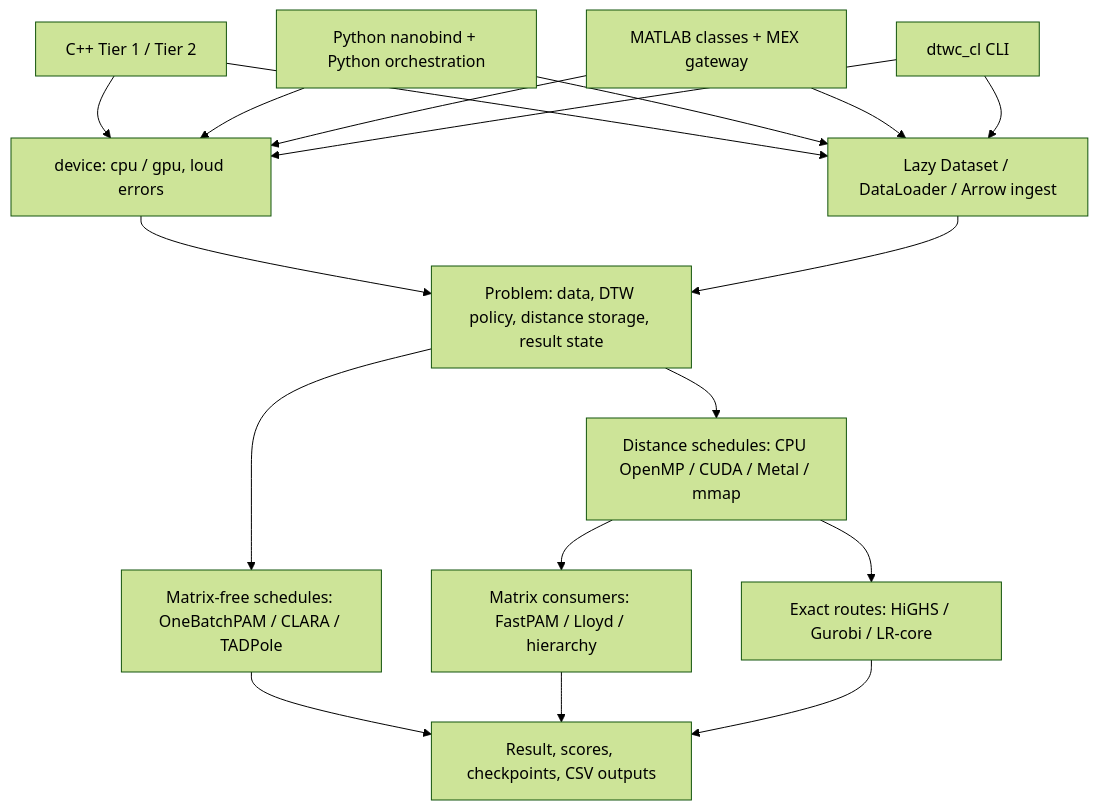
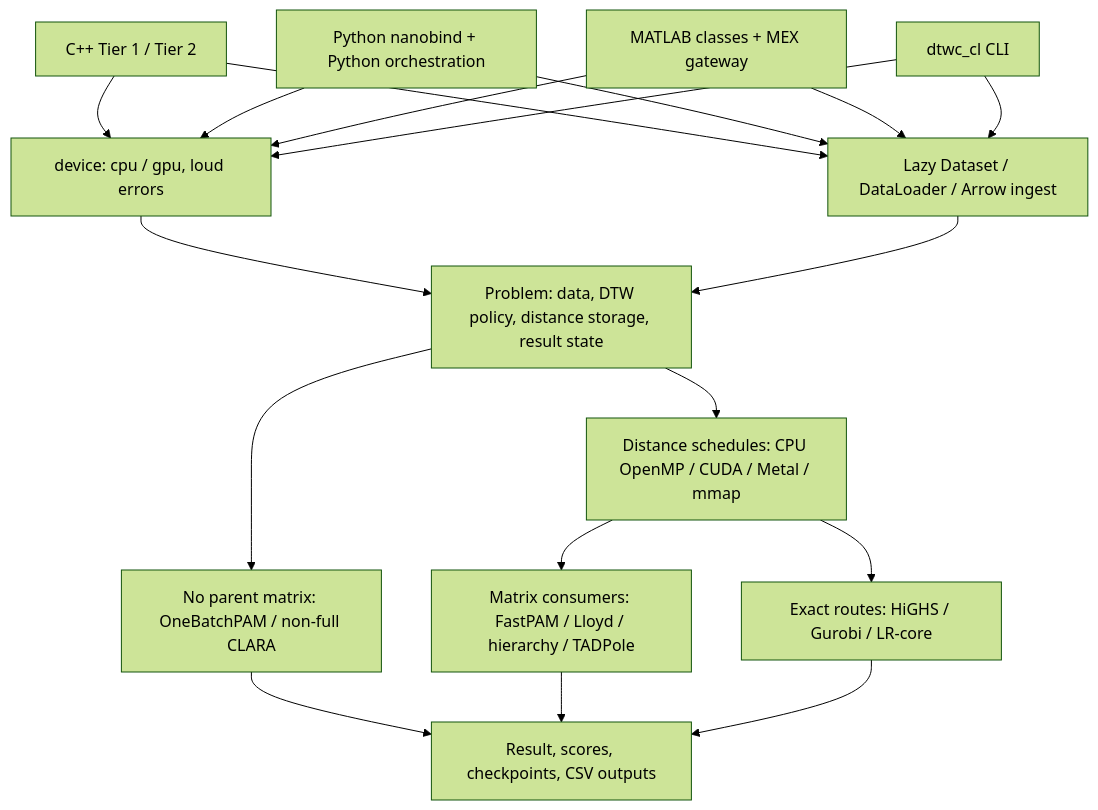
The diagram in docs/content/guides/architecture.md (Battery-Intelligence-Lab/dtw-cpp), drawn with Mermaid (forest theme) before and after one commit. The commit also changed other lines of this file and 9 other files, not shown here.

````diff
--- a/docs/content/guides/architecture.md
+++ b/docs/content/guides/architecture.md
@@ -12,33 +15,33 @@
 ```mermaid
 flowchart TB
     CPP[C++ Tier 1 / Tier 2]
     PY[Python nanobind + Python orchestration]
     MAT[MATLAB classes + MEX gateway]
     CLI[dtwc_cl CLI]
     ENV[device: cpu / gpu, loud errors]
     LOAD[Lazy Dataset / DataLoader / Arrow ingest]
     PROB[Problem: data, DTW policy, distance storage, result state]
     MATRIX[Distance schedules: CPU OpenMP / CUDA / Metal / mmap]
-    FREE[Matrix-free schedules: OneBatchPAM / CLARA / TADPole]
-    ALG[Matrix consumers: FastPAM / Lloyd / hierarchy]
+    FREE[No parent matrix: OneBatchPAM / non-full CLARA]
+    ALG[Matrix consumers: FastPAM / Lloyd / hierarchy / TADPole]
     SOLVE[Exact routes: HiGHS / Gurobi / LR-core]
     OUT[Result, scores, checkpoints, CSV outputs]
 
     CPP --> ENV
     PY --> ENV
     MAT --> ENV
     CLI --> ENV
     CPP --> LOAD
     PY --> LOAD
     MAT --> LOAD
     CLI --> LOAD
     ENV --> PROB
     LOAD --> PROB
     PROB --> MATRIX
     PROB --> FREE
     MATRIX --> ALG
     MATRIX --> SOLVE
     FREE --> OUT
     ALG --> OUT
     SOLVE --> OUT
 ```
````
